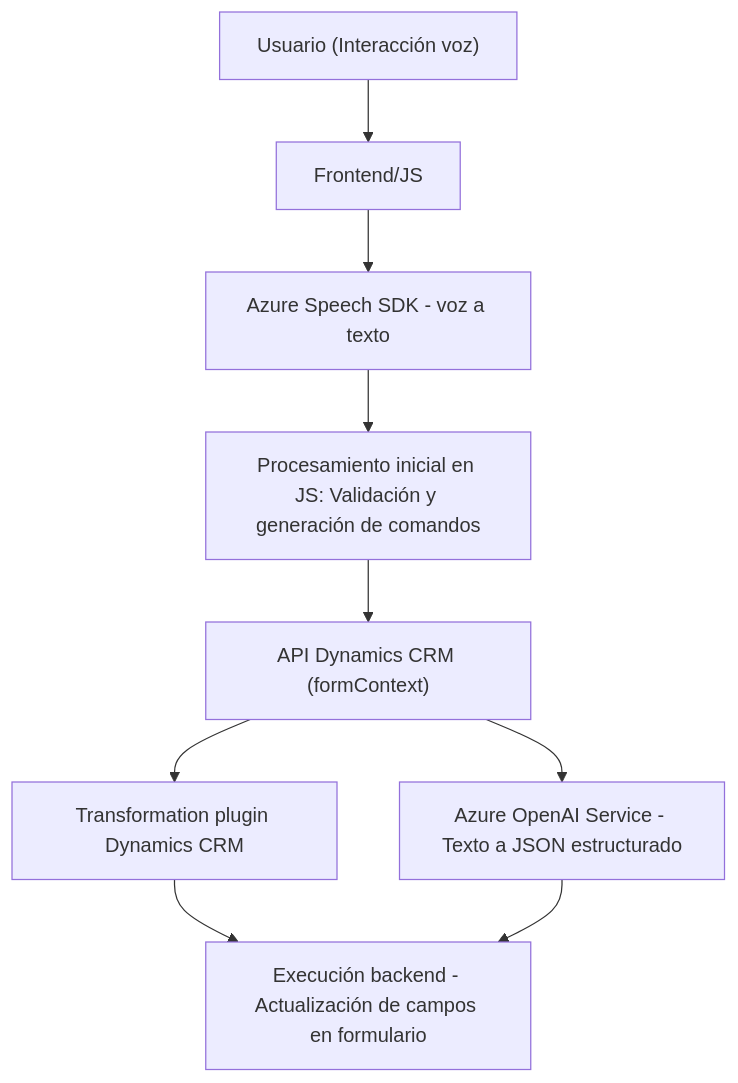
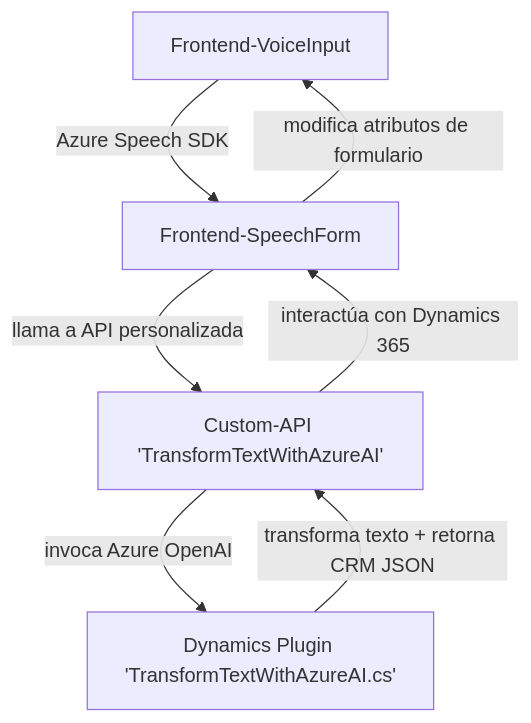
The diagram in README.md (blopezdm/NETCORE_BILBAO2025), drawn with Mermaid before and after one commit. The commit also changed other lines of this file, not shown here.

Commit message:
Actualizar análisis global de la solución con IA

````diff
--- a/README.md
+++ b/README.md
@@ -44,11 +27,13 @@
 ```mermaid
 graph TD
-    A["Usuario (Interacción voz)"] --> B["Frontend/JS"]
-    B --> C["Azure Speech SDK - voz a texto"]
-    C --> D["Procesamiento inicial en JS: Validación y generación de comandos"]
-    D --> E["API Dynamics CRM (formContext)"]
-    E --> F["Azure OpenAI Service - Texto a JSON estructurado"]
-    E --> G["Transformation plugin Dynamics CRM"]
-    G --> H["Execución backend - Actualización de campos en formulario"]
-    F --> H
+    A["Frontend-VoiceInput"]
+    B["Frontend-SpeechForm"]
+    C["Custom-API 'TransformTextWithAzureAI'"]
+    D["Dynamics Plugin 'TransformTextWithAzureAI.cs'"]
+
+    A -->|"Azure Speech SDK"| B
+    B -->|"llama a API personalizada"| C
+    C -->|"invoca Azure OpenAI"| D
+    D -->|"transforma texto + retorna CRM JSON"| C
+    C -->|"interactúa con Dynamics 365"| B -->|"modifica atributos de formulario"| A
 ```
````
